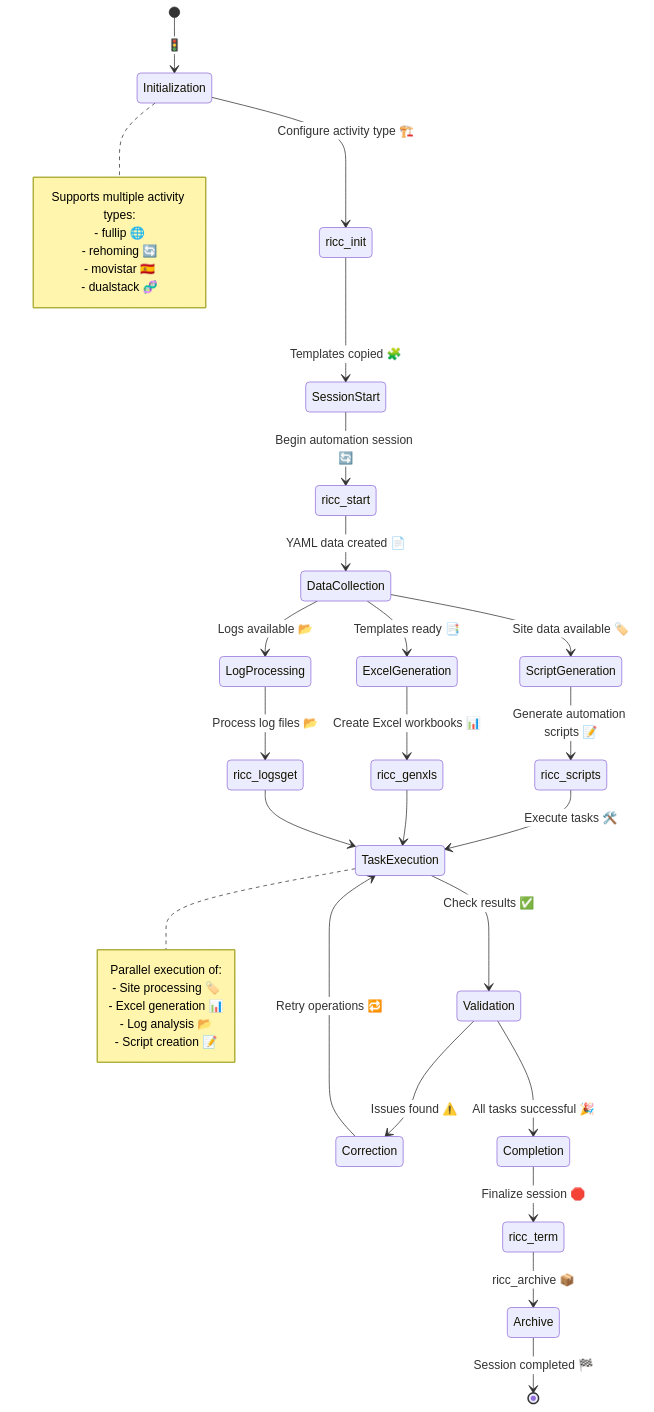
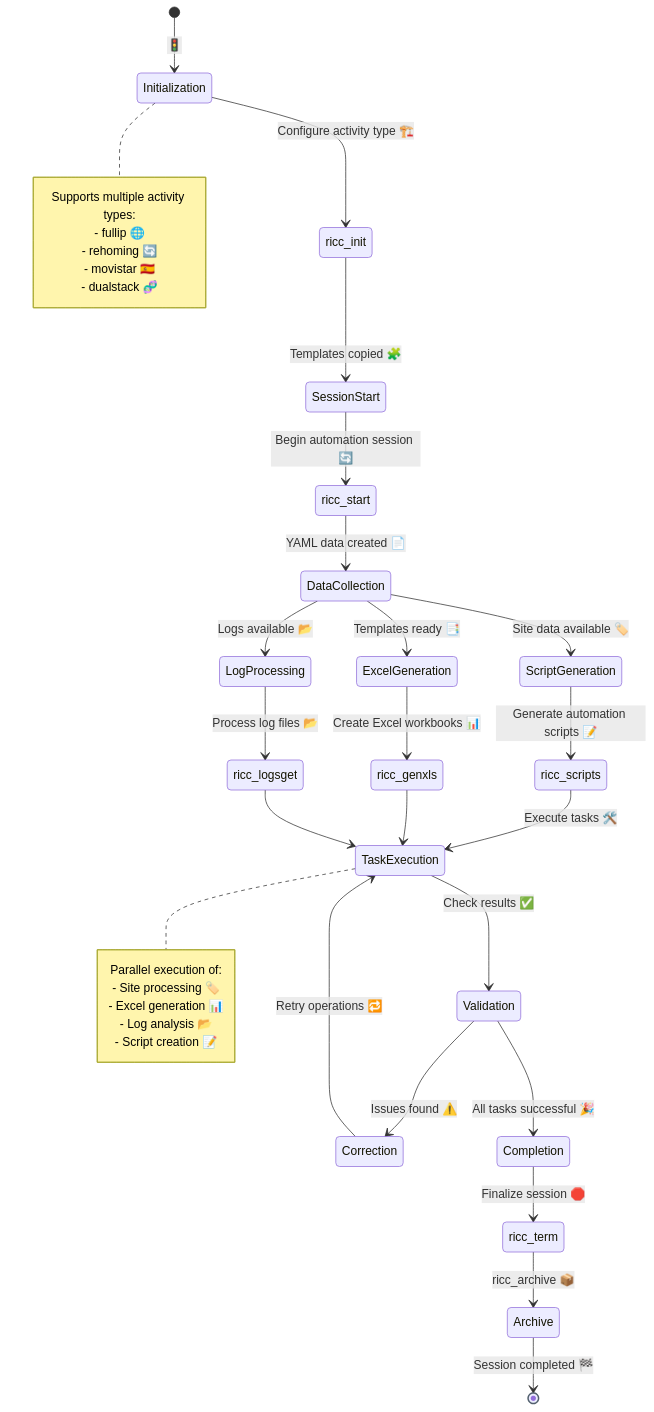
Before and after one commit to enogrob/project-automation-mop: the third of 4 diagrams in README.md, drawn with Mermaid. The commit also changed other lines of this file and 1 other file, not shown here.

````diff
--- a/README.md
+++ b/README.md
@@ -183,46 +190,53 @@
 ```mermaid
-%%{init: { 'themeVariables': { 'primaryColor': '#e0f7fa', 'edgeLabelBackground':'#fff', 'fontSize': '16px', 'fontFamily': 'Inter, Arial', 'nodeTextColor': '#333', 'secondaryColor': '#f6e7ff', 'tertiaryColor': '#ffe0e0', 'background': '#f9f9fb' } } }%%
+%%{init: { 'themeVariables': { 'primaryColor': '#DCEBFA', 'primaryBorderColor': '#355C7D', 'primaryTextColor': '#1E293B', 'lineColor': '#52606D', 'fontSize': '16px' } } }%%
 stateDiagram-v2
     [*] --> Initialization: 🚦
     Initialization --> ricc_init: Configure activity type 🏗️
     ricc_init --> SessionStart: Templates copied 🧩
     SessionStart --> ricc_start: Begin automation session 🔄
     ricc_start --> DataCollection: YAML data created 📄
     
     DataCollection --> ScriptGeneration: Site data available 🏷️
     DataCollection --> ExcelGeneration: Templates ready 📑
     DataCollection --> LogProcessing: Logs available 📂
     
     ScriptGeneration --> ricc_scripts: Generate automation scripts 📝
     ExcelGeneration --> ricc_genxls: Create Excel workbooks 📊
     LogProcessing --> ricc_logsget: Process log files 📂
     
     ricc_scripts --> TaskExecution: Execute tasks 🛠️
     ricc_genxls --> TaskExecution
     ricc_logsget --> TaskExecution
     
     TaskExecution --> Validation: Check results ✅
     Validation --> Correction: Issues found ⚠️
     Validation --> Completion: All tasks successful 🎉
     Correction --> TaskExecution: Retry operations 🔁
     
     Completion --> ricc_term: Finalize session 🛑
     ricc_term --> Archive: ricc_archive 📦
     Archive --> [*]: Session completed 🏁
     
     note right of Initialization
         Supports multiple activity types:
         - fullip 🌐
         - rehoming 🔄
         - movistar 🇪🇸
         - dualstack 🧬
     end note
     
     note right of TaskExecution
         Parallel execution of:
         - Site processing 🏷️
         - Excel generation 📊
         - Log analysis 📂
         - Script creation 📝
     end note
+
+    classDef process fill:#DCEBFA,stroke:#355C7D,color:#1E293B;
+    classDef data fill:#DDF2E1,stroke:#3F6B4F,color:#1E3324;
+    classDef warning fill:#F9DFDF,stroke:#8C3A3A,color:#401E1E;
+    class Initialization,ricc_init,SessionStart,ricc_start,ScriptGeneration,ExcelGeneration,LogProcessing,ricc_scripts,ricc_genxls,ricc_logsget,TaskExecution,Completion,ricc_term process;
+    class DataCollection,Archive data;
+    class Validation,Correction warning;
 ```
````
